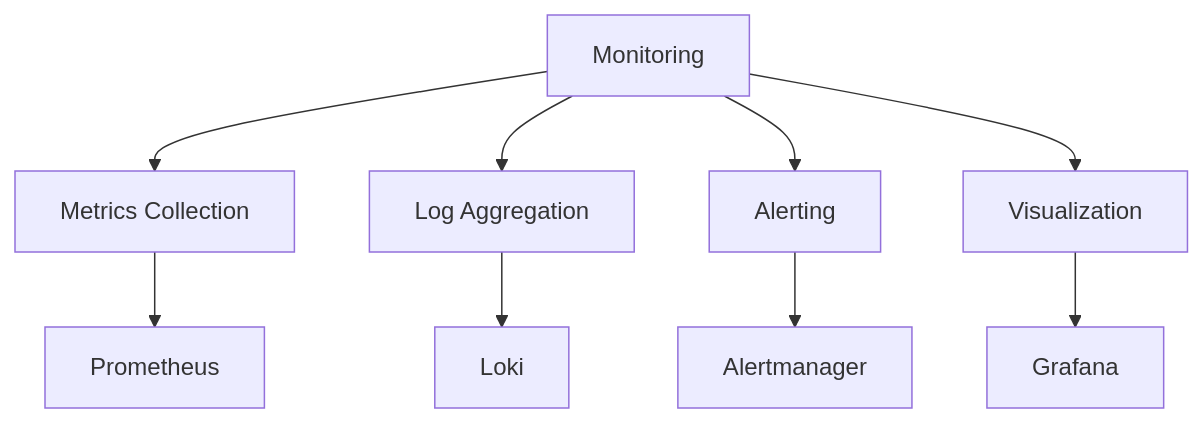
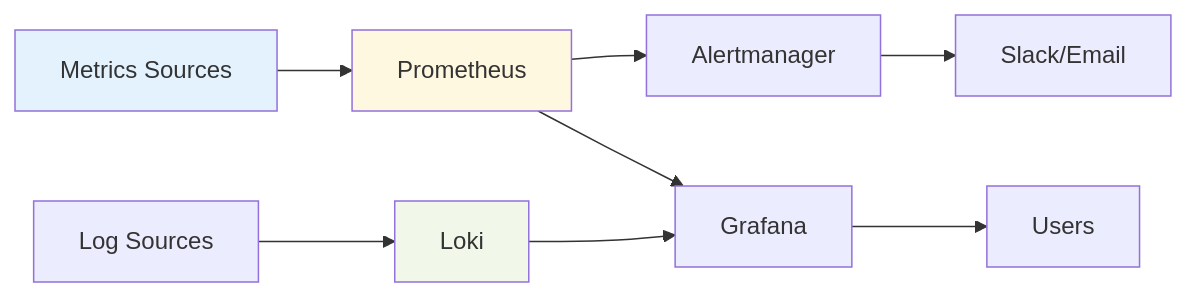
One commit to ahmed86-star/Homelab changed the second of 2 diagrams in docs/content/development/monitoring/_index.md. Above: the diagram before and after it, drawn with Mermaid. The commit also changed other lines of this file and 7 other files, not shown here.

````diff
--- a/docs/content/development/monitoring/_index.md
+++ b/docs/content/development/monitoring/_index.md
@@ -12,11 +70,14 @@
 ```mermaid
-graph TD
-    A[Monitoring] --> B[Metrics Collection]
-    A --> C[Log Aggregation]
-    A --> D[Alerting]
-    A --> E[Visualization]
-    B --> F[Prometheus]
-    C --> G[Loki]
-    D --> H[Alertmanager]
-    E --> I[Grafana]
+graph LR
+    A[Metrics Sources] --> B[Prometheus]
+    C[Log Sources] --> D[Loki]
+    B --> E[Alertmanager]
+    B --> F[Grafana]
+    D --> F
+    E --> G[Slack/Email]
+    F --> H[Users]
+    
+    style A fill:#e3f2fd
+    style B fill:#fff8e1
+    style D fill:#f1f8e9
 ```
````
